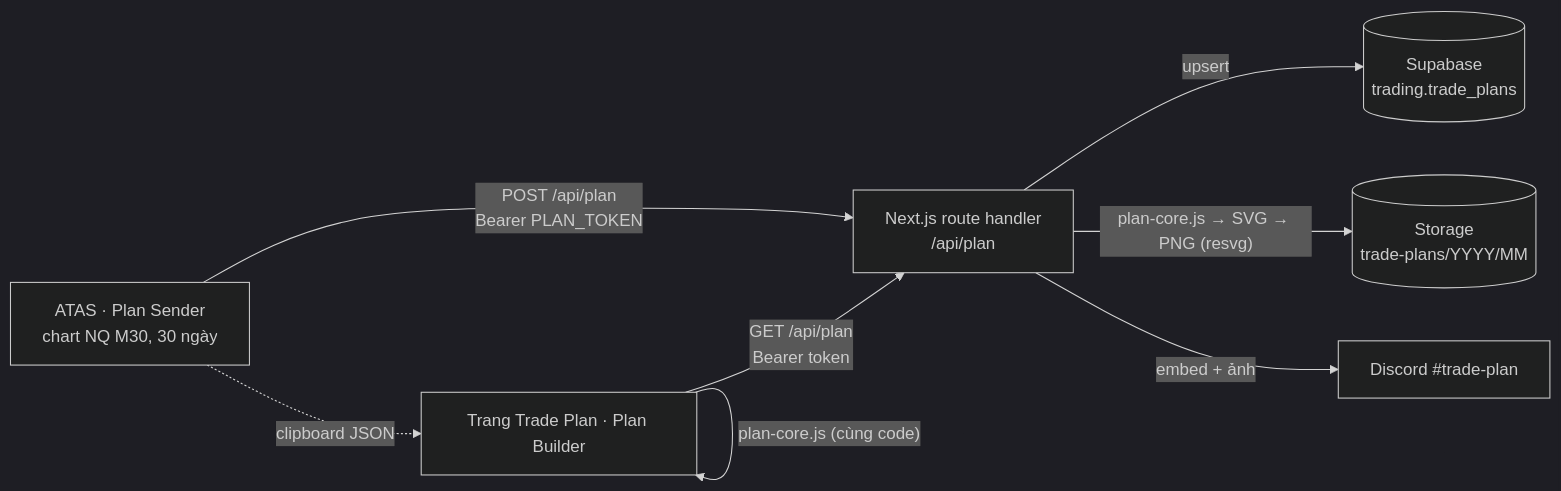
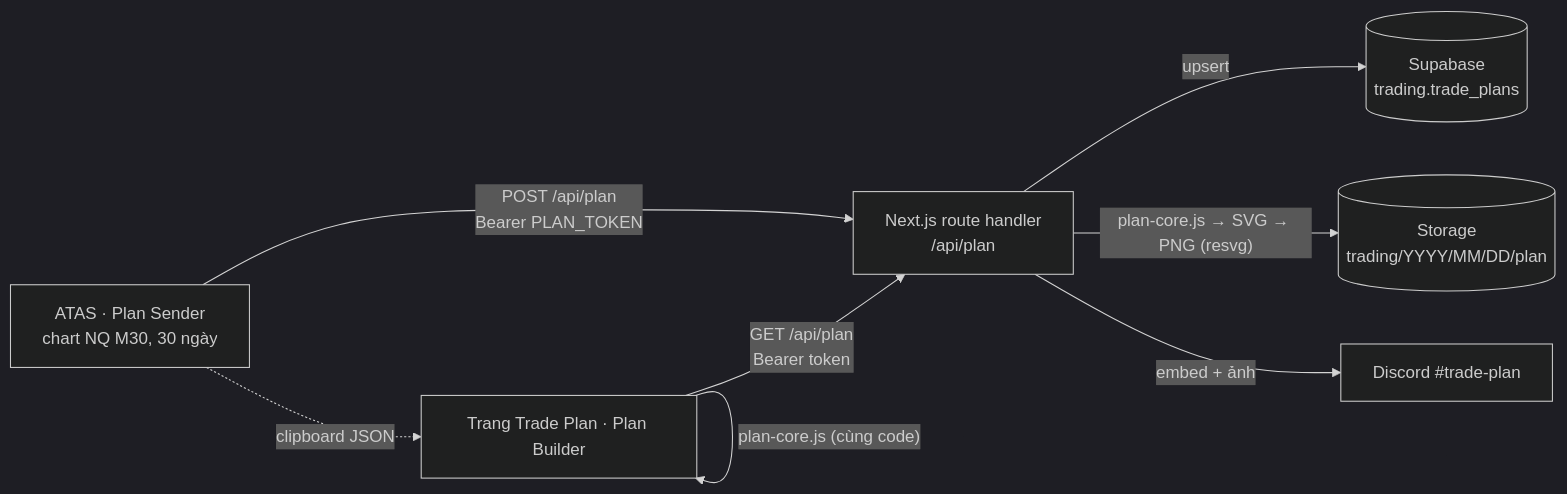
One commit to HiamDeren/orderflow-trading-system changed the diagram in claude/02-kien-truc.md. Above: the diagram before and after it, drawn with Mermaid (dark theme). The commit also changed other lines of this file and 10 other files, not shown here.

First line of the commit message:
Storage bucket trading theo ngày (plan / journal); /api/plan vẫn gửi Discord khi database lỗi

````diff
--- a/claude/02-kien-truc.md
+++ b/claude/02-kien-truc.md
@@ -19,10 +19,10 @@
 ```mermaid
 flowchart LR
   A[ATAS · Plan Sender<br/>chart NQ M30, 30 ngày] -- "POST /api/plan<br/>Bearer PLAN_TOKEN" --> B[Next.js route handler<br/>/api/plan]
   A -. "clipboard JSON" .-> W
   B -- upsert --> C[(Supabase<br/>trading.trade_plans)]
-  B -- "plan-core.js → SVG → PNG (resvg)" --> D[(Storage<br/>trade-plans/YYYY/MM)]
+  B -- "plan-core.js → SVG → PNG (resvg)" --> D[(Storage<br/>trading/YYYY/MM/DD/plan)]
   B -- "embed + ảnh" --> E[Discord #trade-plan]
   W[Trang Trade Plan · Plan Builder] -- "GET /api/plan<br/>Bearer token" --> B
   W -- "plan-core.js (cùng code)" --> W
 ```
````
